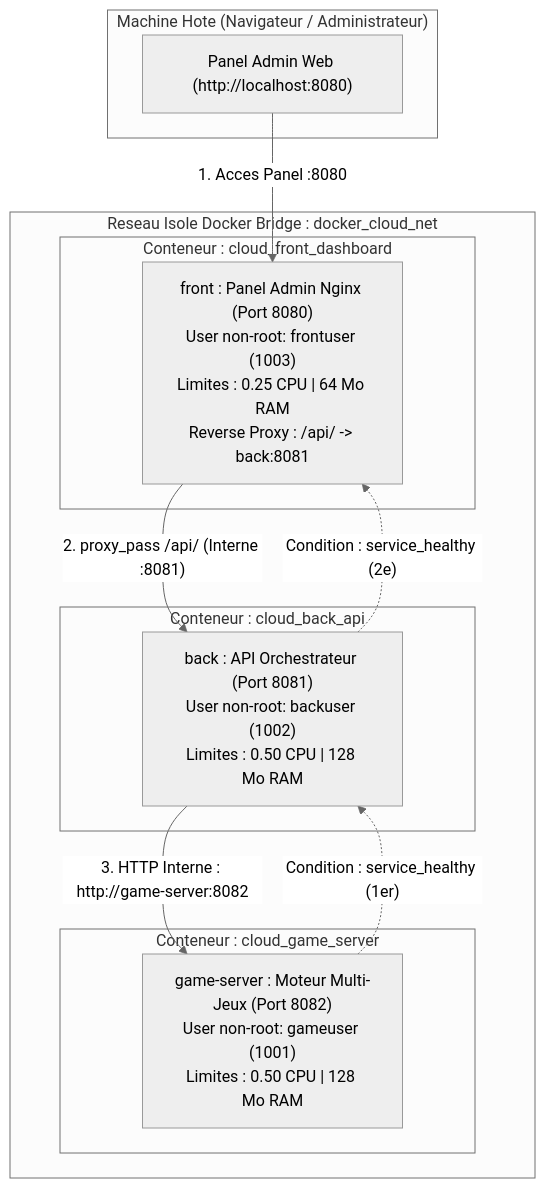
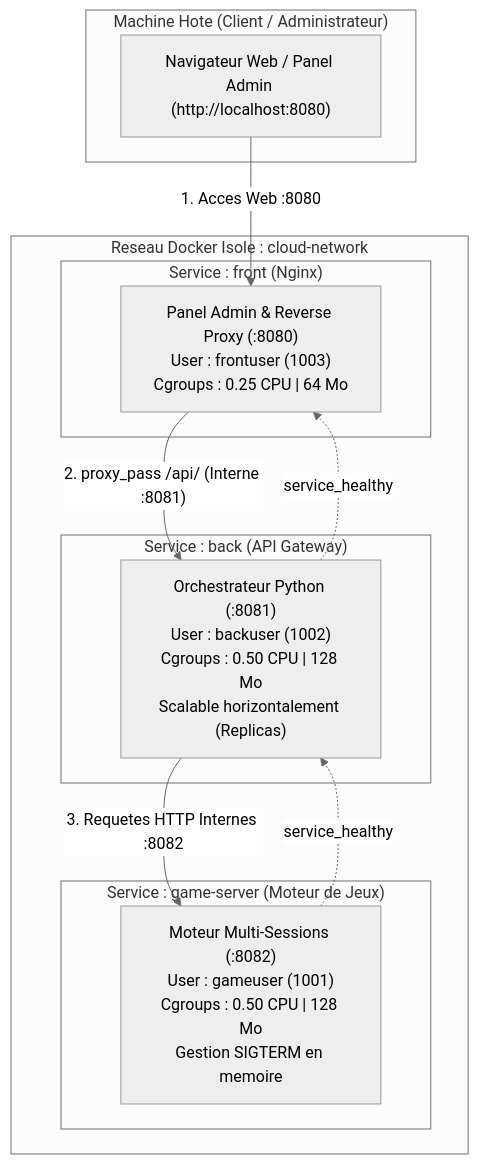
The diagram in gestionnaire_game_server/README.md (Syrioth/Training_Docker), drawn with Mermaid (neutral theme) before and after one commit. The commit also changed other lines of this file and 1 other file, not shown here.

````diff
--- a/gestionnaire_game_server/README.md
+++ b/gestionnaire_game_server/README.md
@@ -50,27 +76,27 @@
 ```mermaid
 flowchart TD
-    subgraph MachineHote["Machine Hote (Navigateur / Administrateur)"]
-        Browser["Panel Admin Web (http://localhost:8080)"]
+    subgraph MachineHote["Machine Hote (Client / Administrateur)"]
+        Browser["Navigateur Web / Panel Admin (http://localhost:8080)"]
     end
 
-    subgraph ReseauDocker["Reseau Isole Docker Bridge : docker_cloud_net"]
-        subgraph FrontContainer["Conteneur : cloud_front_dashboard"]
-            Front["front : Panel Admin Nginx (Port 8080)<br/>User non-root: frontuser (1003)<br/>Limites : 0.25 CPU | 64 Mo RAM<br/>Reverse Proxy : /api/ -> back:8081"]
+    subgraph ReseauPrive["Reseau Docker Isole : cloud-network"]
+        subgraph FrontContainer["Service : front (Nginx)"]
+            Front["Panel Admin & Reverse Proxy (:8080)<br/>User : frontuser (1003)<br/>Cgroups : 0.25 CPU | 64 Mo"]
         end
 
-        subgraph BackContainer["Conteneur : cloud_back_api"]
-            Back["back : API Orchestrateur (Port 8081)<br/>User non-root: backuser (1002)<br/>Limites : 0.50 CPU | 128 Mo RAM"]
+        subgraph BackContainer["Service : back (API Gateway)"]
+            Back["Orchestrateur Python (:8081)<br/>User : backuser (1002)<br/>Cgroups : 0.50 CPU | 128 Mo<br/>Scalable horizontalement (Replicas)"]
         end
 
-        subgraph GameContainer["Conteneur : cloud_game_server"]
-            Game["game-server : Moteur Multi-Jeux (Port 8082)<br/>User non-root: gameuser (1001)<br/>Limites : 0.50 CPU | 128 Mo RAM"]
+        subgraph GameContainer["Service : game-server (Moteur de Jeux)"]
+            Game["Moteur Multi-Sessions (:8082)<br/>User : gameuser (1001)<br/>Cgroups : 0.50 CPU | 128 Mo<br/>Gestion SIGTERM en memoire"]
         end
     end
 
-    Browser -->|"1. Acces Panel :8080"| Front
+    Browser -->|"1. Acces Web :8080"| Front
     Front -->|"2. proxy_pass /api/ (Interne :8081)"| Back
-    Back -->|"3. HTTP Interne : http://game-server:8082"| Game
+    Back -->|"3. Requetes HTTP Internes :8082"| Game
 
-    Game -.->|"Condition : service_healthy (1er)"| Back
-    Back -.->|"Condition : service_healthy (2e)"| Front
+    Game -.->|"service_healthy"| Back
+    Back -.->|"service_healthy"| Front
 ```
````
